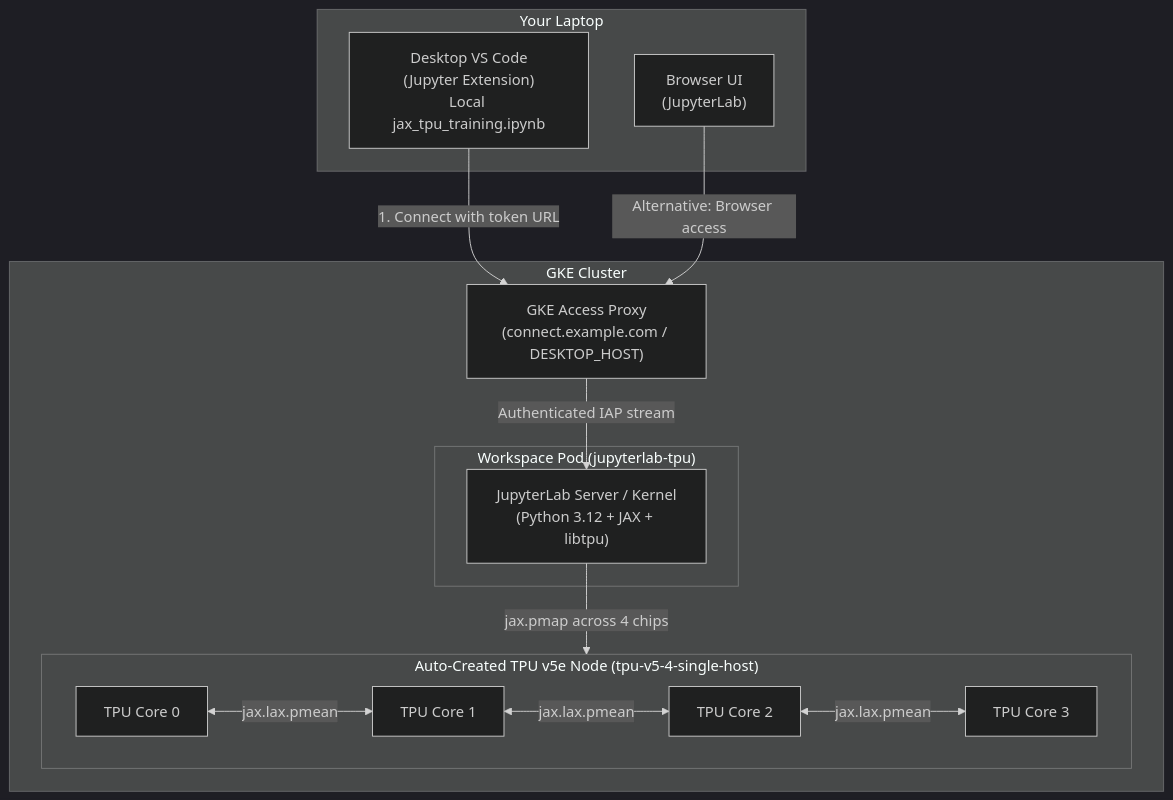
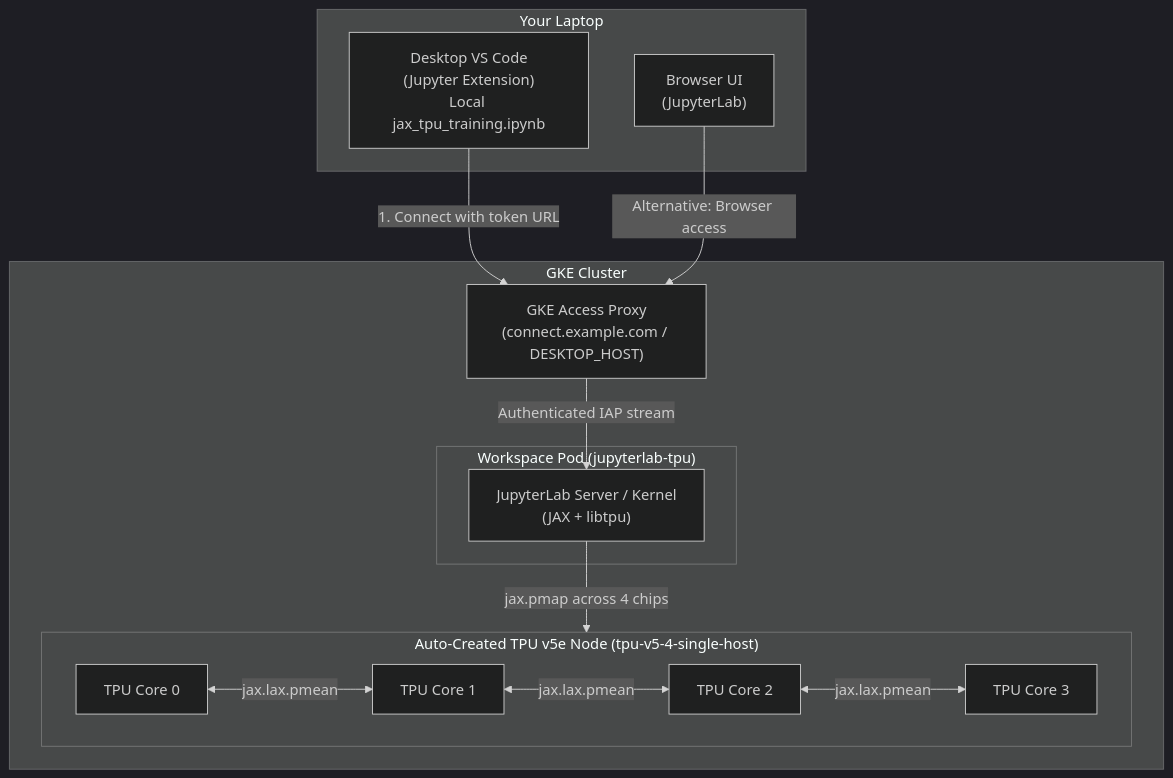
Before and after one commit to gke-labs/workspaces: the diagram in examples/tpu/README.md, drawn with Mermaid (dark theme). The commit also changed other lines of this file and 25 other files, not shown here.

````diff
--- a/examples/tpu/README.md
+++ b/examples/tpu/README.md
@@ -32,30 +32,30 @@
 ```mermaid
 flowchart TD
     subgraph Local["Your Laptop"]
       VSC["Desktop VS Code<br/>(Jupyter Extension)<br/>Local jax_tpu_training.ipynb"]
       BRW["Browser UI<br/>(JupyterLab)"]
     end
 
     subgraph Cluster["GKE Cluster"]
       PROXY["GKE Access Proxy<br/>(connect.example.com / DESKTOP_HOST)"]
       
       subgraph Pod["Workspace Pod (jupyterlab-tpu)"]
-        JUPYTER["JupyterLab Server / Kernel<br/>(Python 3.12 + JAX + libtpu)"]
+        JUPYTER["JupyterLab Server / Kernel<br/>(JAX + libtpu)"]
       end
 
       subgraph TPU["Auto-Created TPU v5e Node (tpu-v5-4-single-host)"]
         C0["TPU Core 0"]
         C1["TPU Core 1"]
         C2["TPU Core 2"]
         C3["TPU Core 3"]
         C0 <-->|"jax.lax.pmean"| C1
         C1 <-->|"jax.lax.pmean"| C2
         C2 <-->|"jax.lax.pmean"| C3
       end
     end
 
     VSC -->|"1. Connect with token URL"| PROXY
     BRW -->|"Alternative: Browser access"| PROXY
     PROXY -->|"Authenticated IAP stream"| JUPYTER
     JUPYTER -->|"jax.pmap across 4 chips"| TPU
 ```
````
